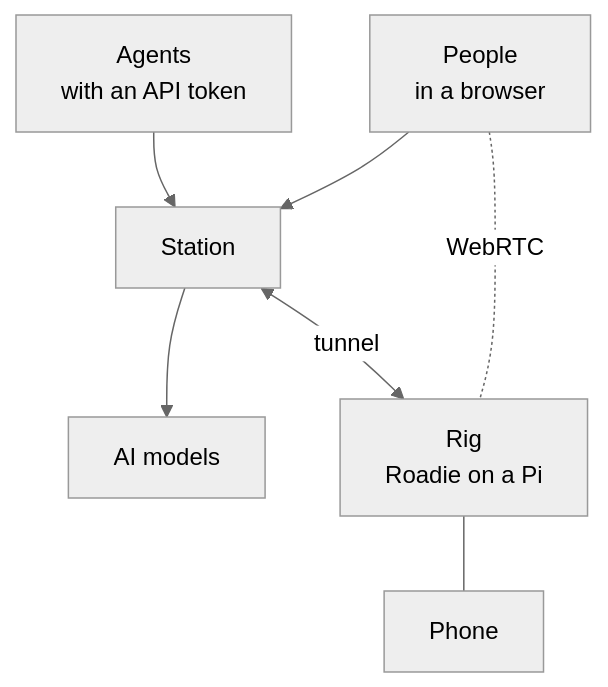
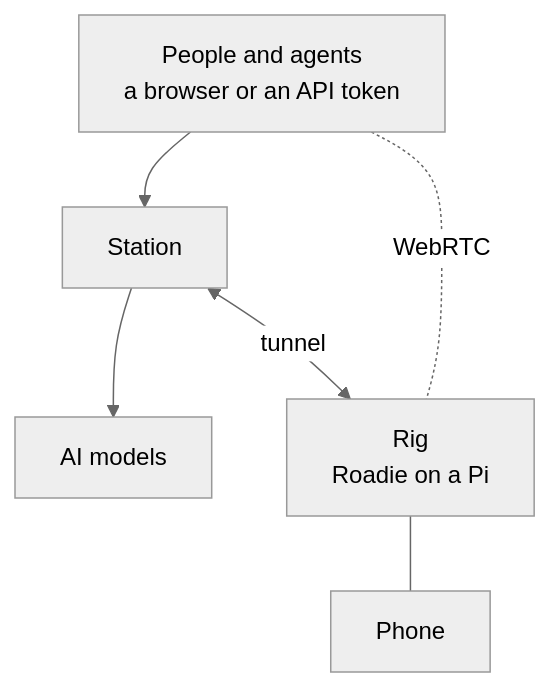
Before and after one commit to VibiumDev/station: the diagram in README.md, drawn with Mermaid (neutral theme). The commit also changed other lines of this file, not shown here.

Commit message:
README: WebRTC is for agents too, so one box for people and agents

````diff
--- a/README.md
+++ b/README.md
@@ -16,16 +16,14 @@
 ```mermaid
 flowchart TB
-    A["Agents<br/>with an API token"]
-    P["People<br/>in a browser"]
+    C["People and agents<br/>a browser or an API token"]
     S["Station"]
     M["AI models"]
     R["Rig<br/>Roadie on a Pi"]
     D["Phone"]
 
-    A --> S
-    P --> S
+    C --> S
     S --> M
     S <-- "tunnel" --> R
     R --- D
-    P -. "WebRTC" .- R
+    C -. "WebRTC" .- R
 ```
````
